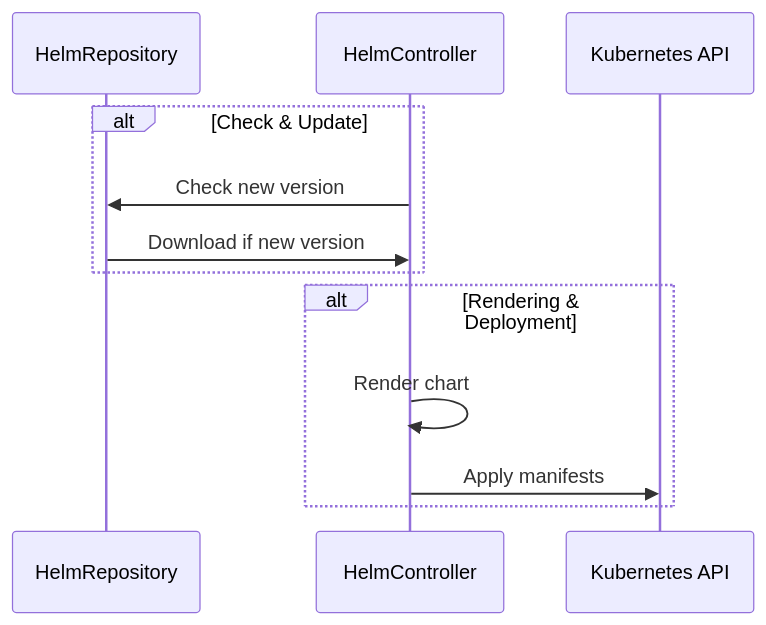
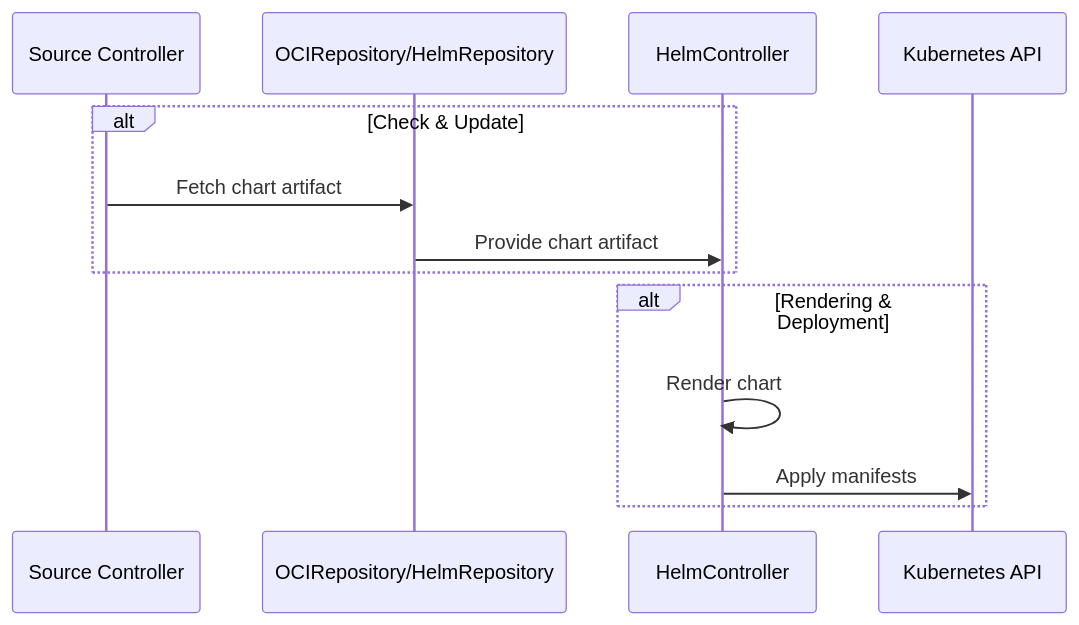
Before and after one commit to ricsanfre/pi-cluster: the first of 2 diagrams in docs/_docs/fluxcd.md, drawn with Mermaid. The commit also changed other lines of this file and 8 other files, not shown here.

```diff
--- a/docs/_docs/fluxcd.md
+++ b/docs/_docs/fluxcd.md
@@ -28,14 +28,15 @@
 <pre class="mermaid">
 sequenceDiagram
-	participant HelmRepository
-	participant HelmController
-	participant Kubernetes API
+  participant Source as Source Controller
+  participant Artifact as OCIRepository/HelmRepository
+  participant HelmController
+  participant Kubernetes API
     alt Check & Update
-	    HelmController->>HelmRepository: Check new version
-	    HelmRepository->>HelmController: Download if new version
-	end
+      Source->>Artifact: Fetch chart artifact
+      Artifact->>HelmController: Provide chart artifact
+  end
     alt Rendering & Deployment
-	    HelmController->>HelmController: Render chart
+      HelmController->>HelmController: Render chart
         HelmController->>Kubernetes API: Apply manifests
     end
 </pre>
```
